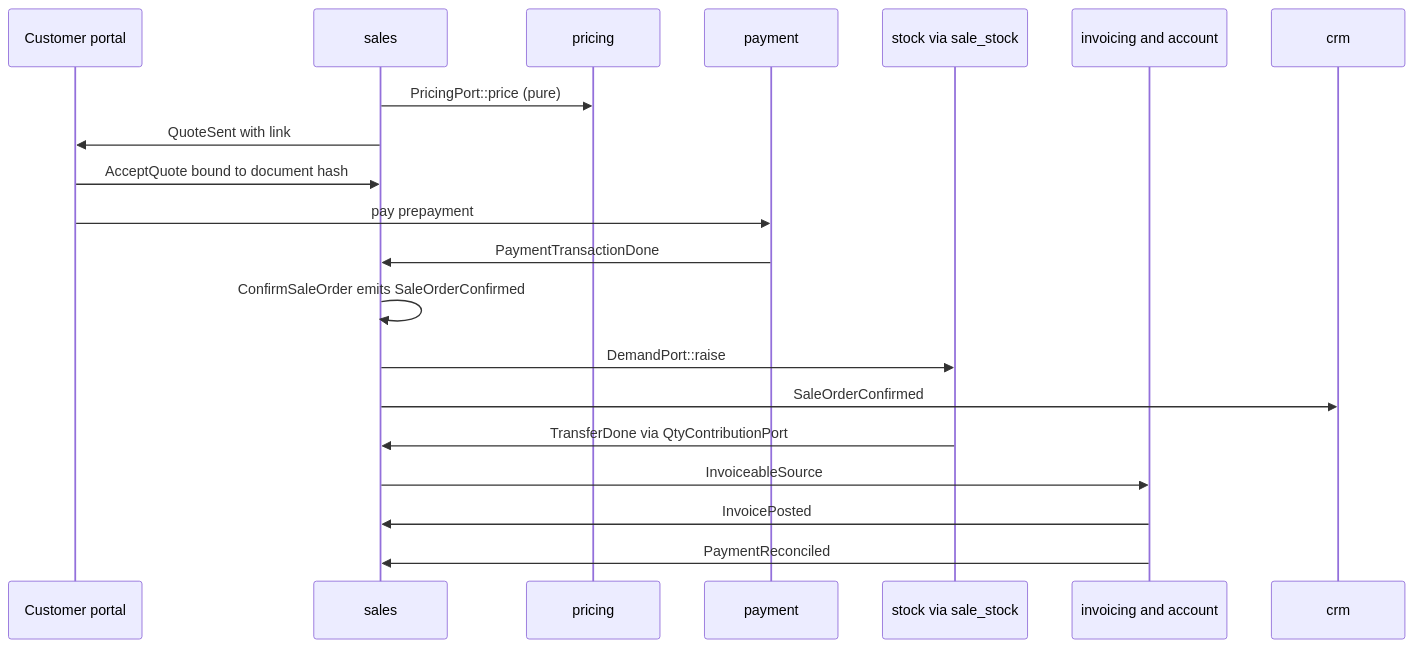
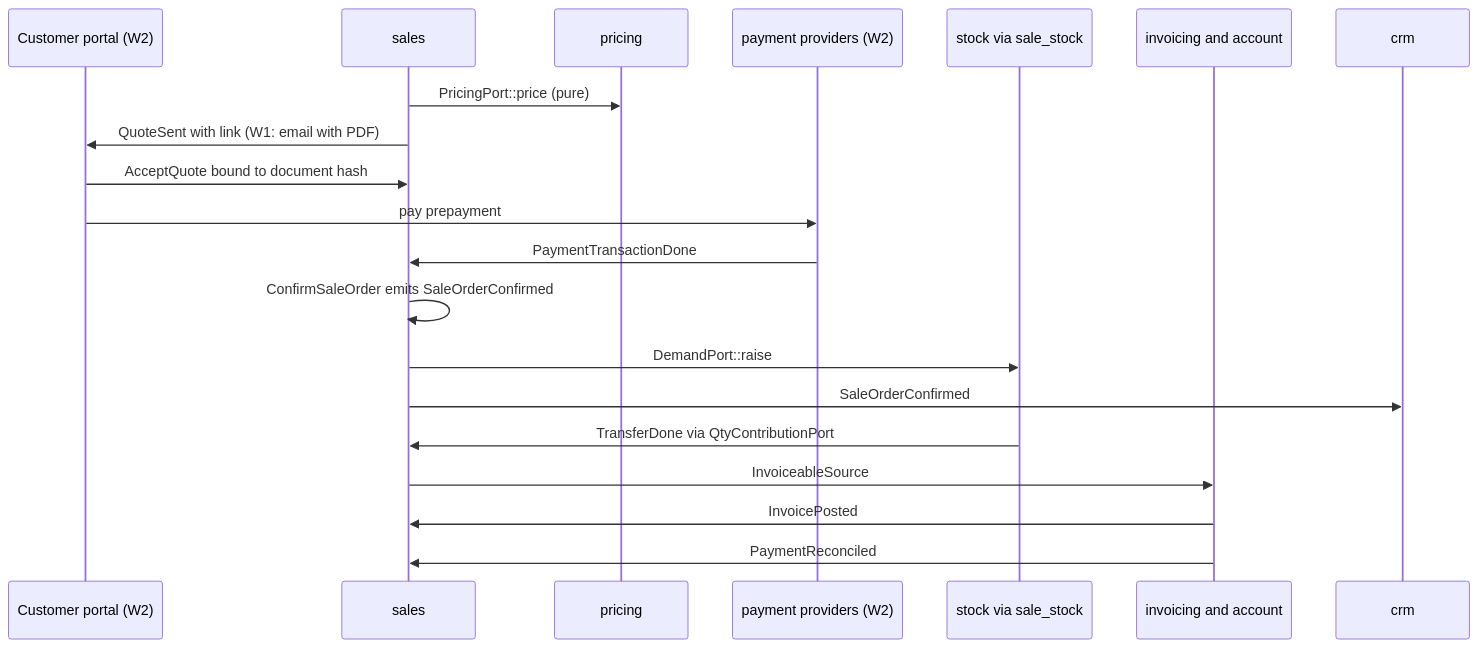
Before and after one commit to SpaceCorps/obop: the second of 3 diagrams in docs/spec/sales-crm.md, drawn with Mermaid. The commit also changed other lines of this file and 10 other files, not shown here.

````diff
--- a/docs/spec/sales-crm.md
+++ b/docs/spec/sales-crm.md
@@ -288,22 +301,22 @@
 ```mermaid
 sequenceDiagram
-    participant C as Customer portal
+    participant C as Customer portal (W2)
     participant S as sales
     participant PR as pricing
-    participant PAY as payment
+    participant PAY as payment providers (W2)
     participant ST as stock via sale_stock
     participant INV as invoicing and account
     participant CRM as crm
     S->>PR: PricingPort::price (pure)
-    S->>C: QuoteSent with link
+    S->>C: QuoteSent with link (W1: email with PDF)
     C->>S: AcceptQuote bound to document hash
     C->>PAY: pay prepayment
     PAY->>S: PaymentTransactionDone
     S->>S: ConfirmSaleOrder emits SaleOrderConfirmed
     S->>ST: DemandPort::raise
     S->>CRM: SaleOrderConfirmed
     ST->>S: TransferDone via QtyContributionPort
     S->>INV: InvoiceableSource
     INV->>S: InvoicePosted
     INV->>S: PaymentReconciled
 ```
````
